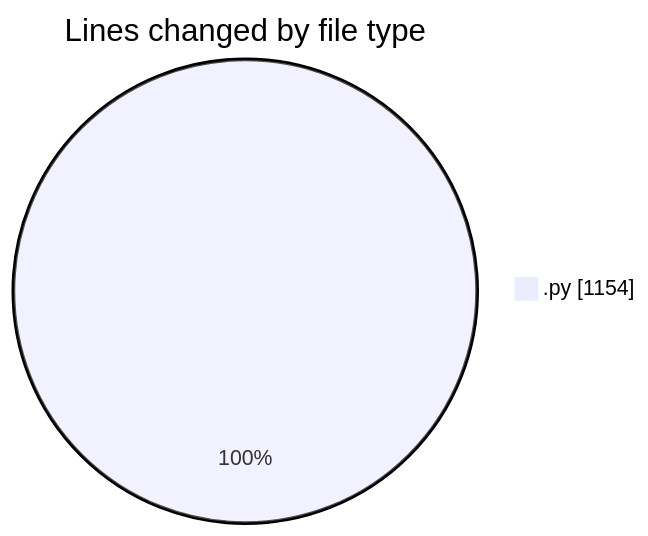
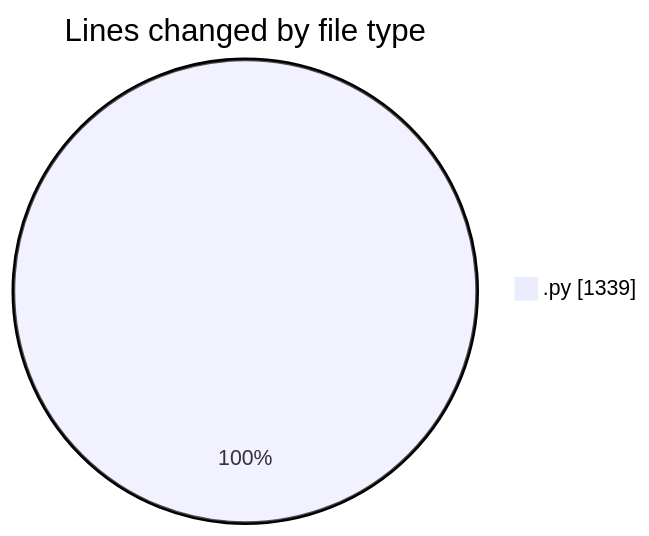
One commit to MatusMokan/code-tracking changed the first of 2 diagrams in 2025-03-18/myws__workspace_/README.md. Above: the diagram before and after it, drawn with Mermaid. The commit also changed other lines of this file and 1 other file, not shown here.

````diff
--- a/2025-03-18/myws__workspace_/README.md
+++ b/2025-03-18/myws__workspace_/README.md
@@ -24,5 +25,5 @@
 ```mermaid
 pie showData
 title Lines changed by file type
-".py" : 1154
+".py" : 1339
 ```
````
